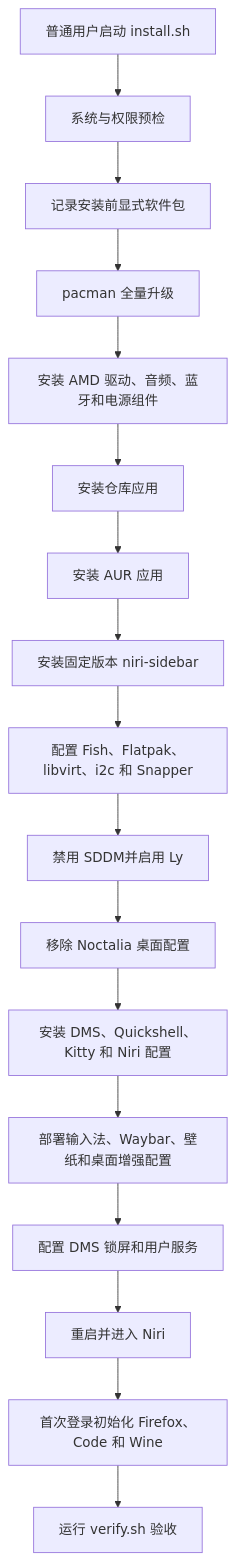
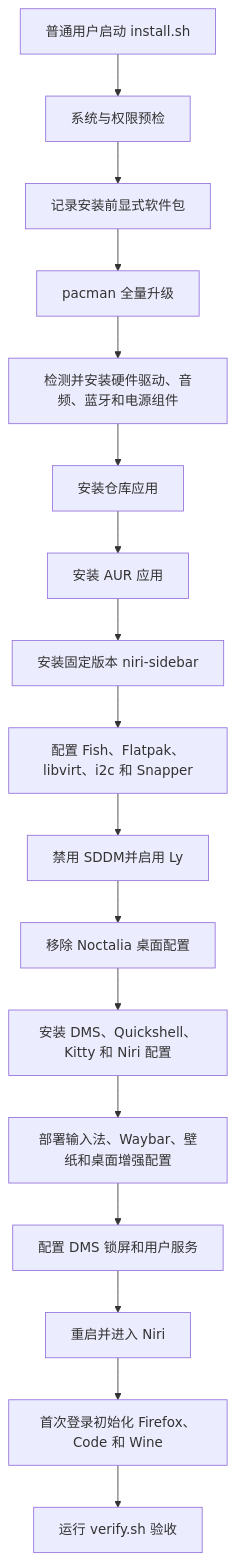
Before and after one commit to skynit/CachyOS-Niri-Installer: the diagram in 安装流程与美化应用清单.md, drawn with Mermaid. The commit also changed other lines of this file and 5 other files, not shown here.

````diff
--- a/安装流程与美化应用清单.md
+++ b/安装流程与美化应用清单.md
@@ -55,19 +53,19 @@
 ```mermaid
 flowchart TD
     A[普通用户启动 install.sh] --> B[系统与权限预检]
     B --> C[记录安装前显式软件包]
     C --> D[pacman 全量升级]
-    D --> E[安装 AMD 驱动、音频、蓝牙和电源组件]
+    D --> E[检测并安装硬件驱动、音频、蓝牙和电源组件]
     E --> F[安装仓库应用]
     F --> G[安装 AUR 应用]
     G --> H[安装固定版本 niri-sidebar]
     H --> I[配置 Fish、Flatpak、libvirt、i2c 和 Snapper]
     I --> J[禁用 SDDM并启用 Ly]
     J --> K[移除 Noctalia 桌面配置]
     K --> L[安装 DMS、Quickshell、Kitty 和 Niri 配置]
     L --> M[部署输入法、Waybar、壁纸和桌面增强配置]
     M --> N[配置 DMS 锁屏和用户服务]
     N --> O[重启并进入 Niri]
     O --> P[首次登录初始化 Firefox、Code 和 Wine]
     P --> Q[运行 verify.sh 验收]
 ```
````
